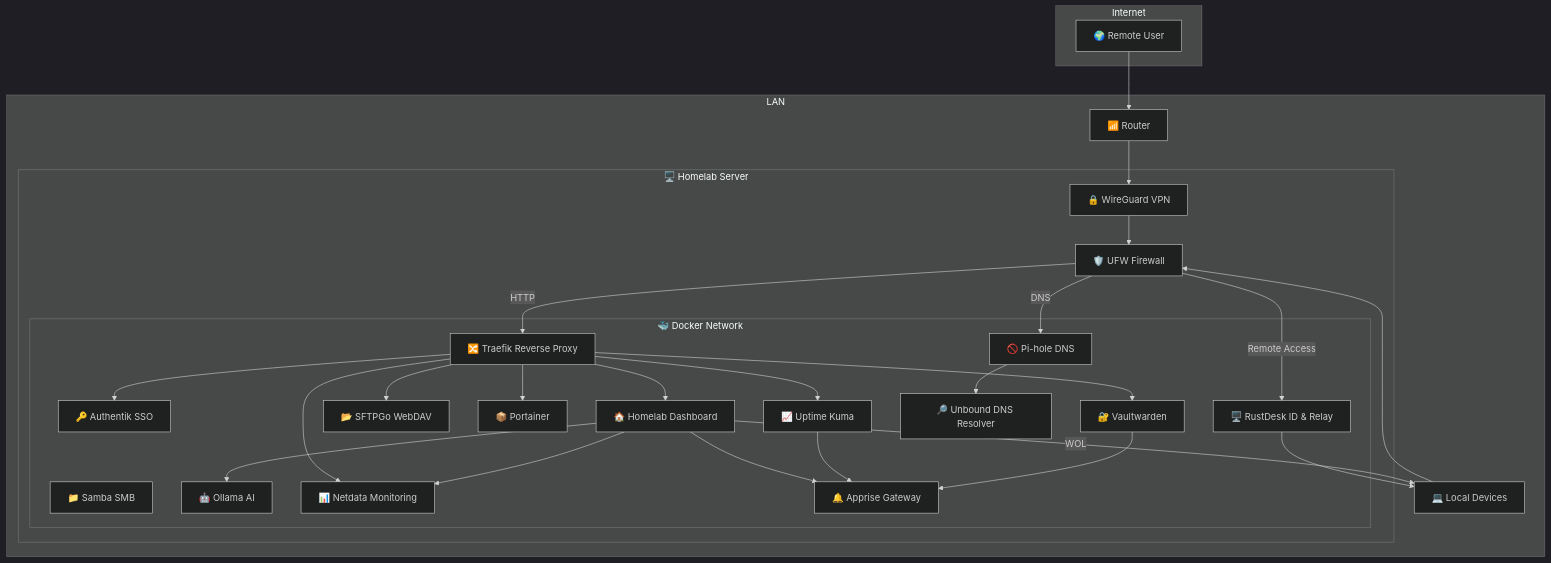
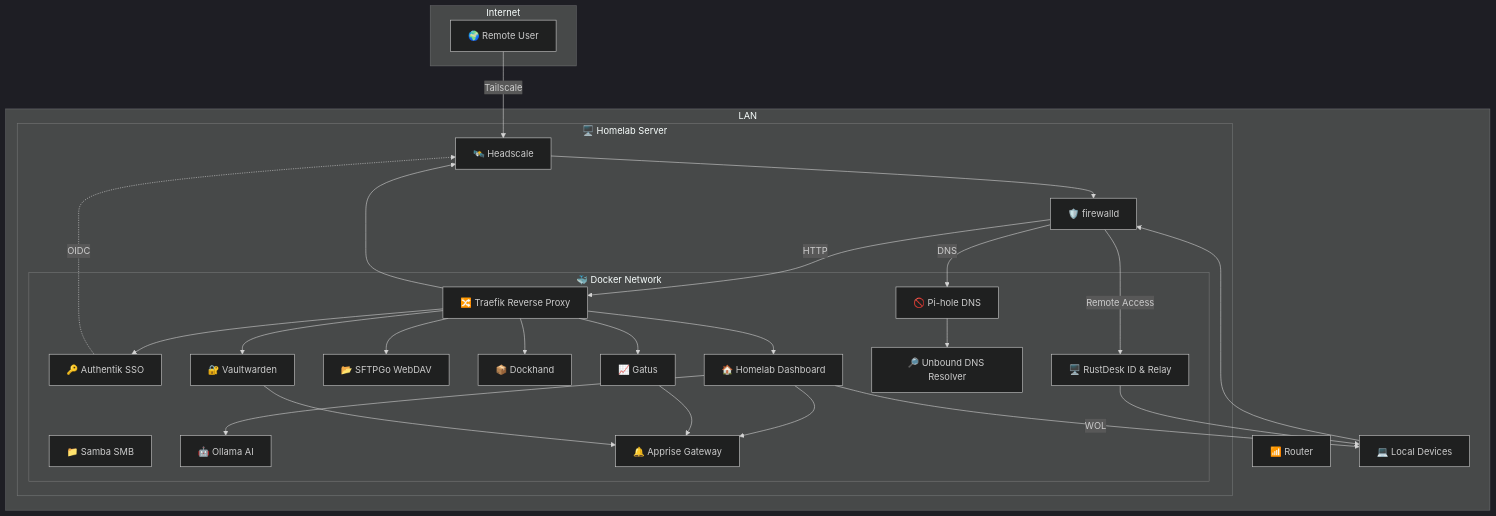
One commit to satsinush/homelab changed the diagram in README.md. Above: the diagram before and after it, drawn with Mermaid. The commit also changed other lines of this file and 48 other files, not shown here.

````diff
--- a/README.md
+++ b/README.md
@@ -49,69 +50,68 @@
 ```mermaid
 %%{init: {
     "theme": "dark"
 }}%%
 graph TD
     %% INTERNET
     subgraph Internet
         RemoteClient[🌍 Remote User]
     end
 
     %% LAN
     subgraph LAN
         Router[📶 Router]
         LocalClient[💻 Local Devices]
 
         subgraph Server[🖥️ Homelab Server]
-            WireGuard[🔒 WireGuard VPN]
-            UFW[🛡️ UFW Firewall]
+            Headscale[🛰️ Headscale]
+            Firewall[🛡️ firewalld]
 
             subgraph Docker[🐳 Docker Network]
                 Traefik[🔀 Traefik Reverse Proxy]
                 Authentik[🔑 Authentik SSO]
                 Vaultwarden[🔐 Vaultwarden]
                 Samba[📁 Samba SMB]
                 WebDAV[📂 SFTPGo WebDAV]
-                Portainer[📦 Portainer]
+                Dockhand[📦 Dockhand]
                 Dashboard[🏠 Homelab Dashboard]
                 Ollama[🤖 Ollama AI]
-                Netdata[📊 Netdata Monitoring]
-                UptimeKuma[📈 Uptime Kuma]
+                Gatus[📈 Gatus]
                 Apprise[🔔 Apprise Gateway]
                 Pihole[🚫 Pi-hole DNS]
                 Unbound[🔎 Unbound DNS Resolver]
                 Rustdesk[🖥️ RustDesk ID & Relay]
             end
         end
     end
 
     %% Entry chain
-    RemoteClient --> Router --> WireGuard --> UFW
-    LocalClient --> UFW
+    RemoteClient -->|Tailscale| Headscale --> Firewall
+    LocalClient --> Firewall
 
     %% DNS chain
     Pihole --> Unbound
-    UFW -->|DNS| Pihole
+    Firewall -->|DNS| Pihole
 
     %% Firewall routes
-    UFW -->|HTTP| Traefik
-    UFW -->|Remote Access| Rustdesk --> LocalClient
+    Firewall -->|HTTP| Traefik
+    Firewall -->|Remote Access| Rustdesk --> LocalClient
 
     %% Proxy/Auth flows
     Traefik --> Authentik
     Traefik --> Vaultwarden
     Traefik --> WebDAV
-    Traefik --> Portainer
+    Traefik --> Dockhand
     Traefik --> Dashboard
-    Traefik --> Netdata
-    Traefik --> UptimeKuma
+    Traefik --> Gatus
+    Traefik --> Headscale
+    Authentik -.->|OIDC| Headscale
 
     %% Dashboard flows
     Dashboard --> Ollama
-    Dashboard --> Netdata
     Dashboard -->|WOL| LocalClient
     Dashboard --> Apprise
 
     %% Notifications
-    UptimeKuma --> Apprise
+    Gatus --> Apprise
     Vaultwarden --> Apprise
 ```
````
